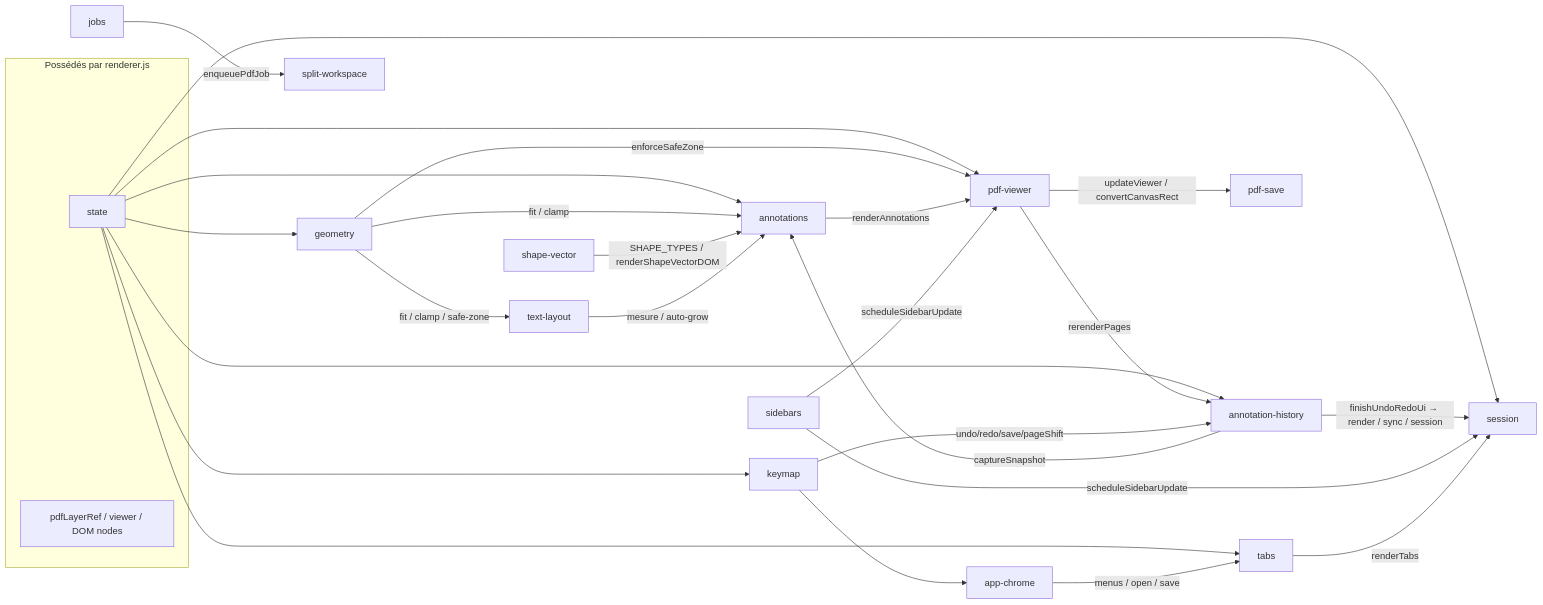
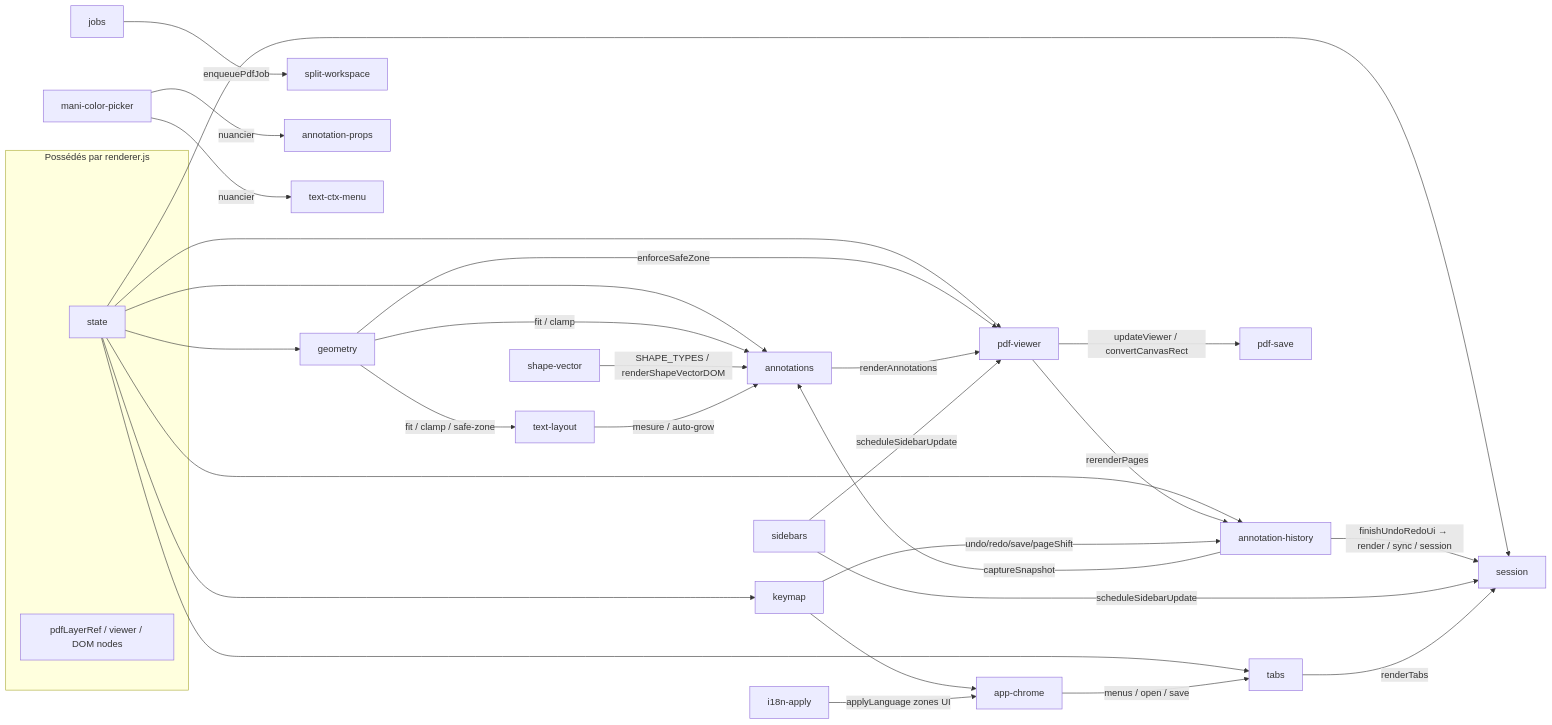
The third of 4 diagrams in docs/adr/diagram-renderer-module-deps.md (Matth031/EditraDoc), drawn with Mermaid before and after one commit. The commit also changed other lines of this file, not shown here.

````diff
--- a/docs/adr/diagram-renderer-module-deps.md
+++ b/docs/adr/diagram-renderer-module-deps.md
@@ -89,48 +111,55 @@
 ```mermaid
 flowchart LR
   subgraph root ["Possédés par renderer.js"]
     STATE[state]
     DOM[pdfLayerRef / viewer / DOM nodes]
   end
 
   GEO[geometry]
   TL[text-layout]
   HIST[annotation-history]
   ANN[annotations]
   PDFV[pdf-viewer]
   PDFS[pdf-save]
   SES[session]
   TABS[tabs]
   SB[sidebars]
   SV[shape-vector]
   KM[keymap]
   JOBS[jobs]
   SW[split-workspace]
   CHROME[app-chrome]
+  I18NA[i18n-apply]
+  AP[annotation-props]
+  TCM[text-ctx-menu]
+  MCP[mani-color-picker]
 
   STATE --> GEO
   STATE --> HIST
   STATE --> ANN
   STATE --> PDFV
   STATE --> SES
   STATE --> TABS
   STATE --> KM
 
   GEO -->|fit / clamp / safe-zone| TL
   GEO -->|fit / clamp| ANN
   GEO -->|enforceSafeZone| PDFV
   SV -->|SHAPE_TYPES / renderShapeVectorDOM| ANN
   HIST -->|captureSnapshot| ANN
   HIST -->|finishUndoRedoUi → render / sync / session| SES
   TL -->|mesure / auto-grow| ANN
   ANN -->|renderAnnotations| PDFV
   SB -->|scheduleSidebarUpdate| PDFV
   SB -->|scheduleSidebarUpdate| SES
   PDFV -->|updateViewer / convertCanvasRect| PDFS
   PDFV -->|rerenderPages| HIST
   TABS -->|renderTabs| SES
   JOBS -->|enqueuePdfJob| SW
   CHROME -->|menus / open / save| TABS
   KM -->|undo/redo/save/pageShift| HIST
   KM --> CHROME
+  MCP -->|nuancier| AP
+  MCP -->|nuancier| TCM
+  I18NA -->|applyLanguage zones UI| CHROME
 ```
````
